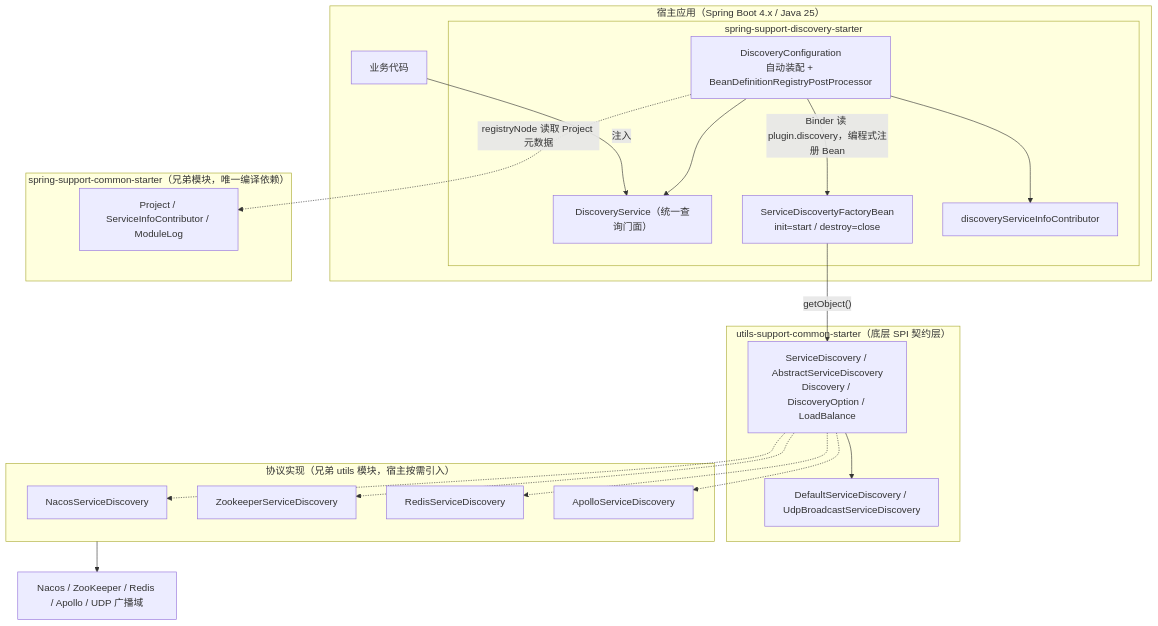
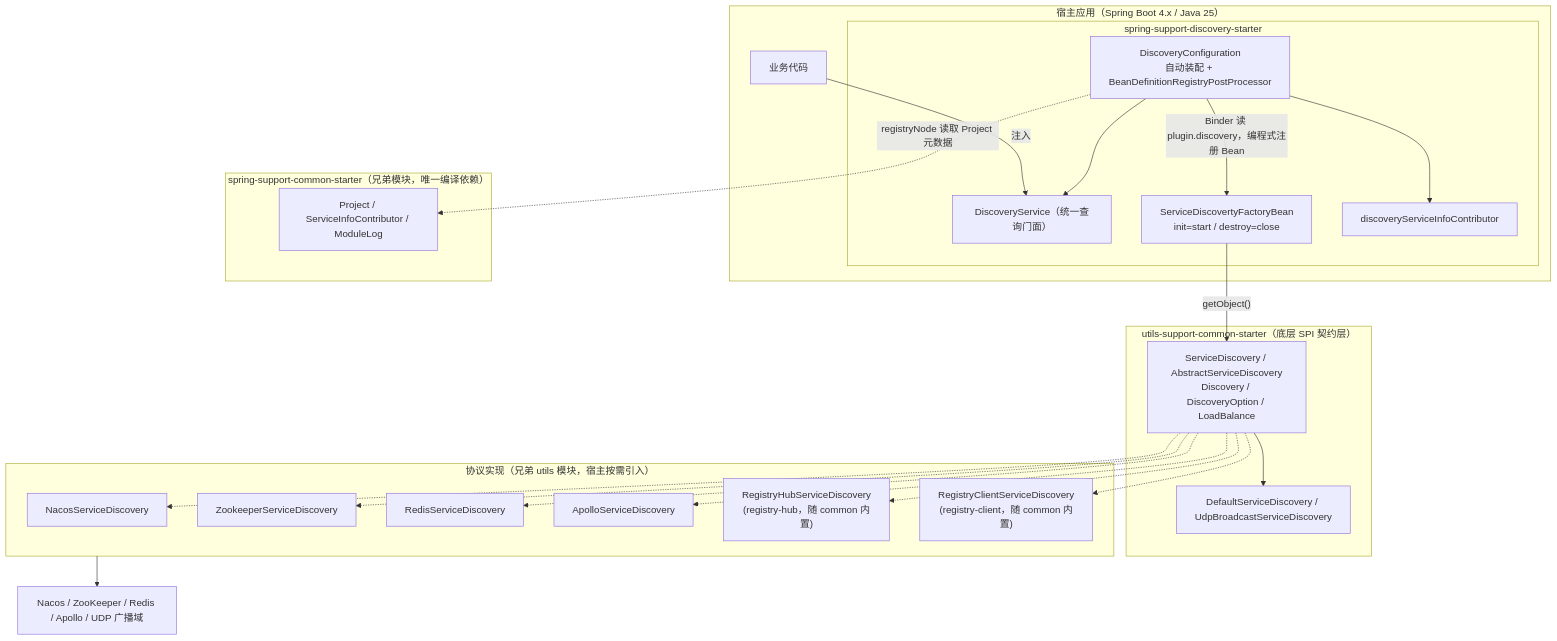
Before and after one commit to CHTK001/spring-support-parent-starter: the first of 2 diagrams in spring-support-discovery-starter/README.md, drawn with Mermaid. The commit also changed other lines of this file and 2 other files, not shown here.

First line of the commit message:
feat(discovery-starter): 支持 client/server/embbed 三种运行模式

````diff
--- a/spring-support-discovery-starter/README.md
+++ b/spring-support-discovery-starter/README.md
@@ -7,35 +7,37 @@
 ```mermaid
 flowchart TB
     subgraph host["宿主应用（Spring Boot 4.x / Java 25）"]
         biz["业务代码"]
         subgraph mod["spring-support-discovery-starter"]
             cfg["DiscoveryConfiguration<br/>自动装配 + BeanDefinitionRegistryPostProcessor"]
             ds["DiscoveryService（统一查询门面）"]
             fb["ServiceDiscovertyFactoryBean<br/>init=start / destroy=close"]
             sic["discoveryServiceInfoContributor"]
         end
     end
     subgraph common["spring-support-common-starter（兄弟模块，唯一编译依赖）"]
         prj["Project / ServiceInfoContributor / ModuleLog"]
     end
     subgraph utils["utils-support-common-starter（底层 SPI 契约层）"]
         spi["ServiceDiscovery / AbstractServiceDiscovery<br/>Discovery / DiscoveryOption / LoadBalance"]
         def["DefaultServiceDiscovery / UdpBroadcastServiceDiscovery"]
     end
     subgraph impl["协议实现（兄弟 utils 模块，宿主按需引入）"]
         nacos["NacosServiceDiscovery"]
         zk["ZookeeperServiceDiscovery"]
         redis["RedisServiceDiscovery"]
         apollo["ApolloServiceDiscovery"]
+        hub["RegistryHubServiceDiscovery<br/>(registry-hub，随 common 内置)"]
+        cli["RegistryClientServiceDiscovery<br/>(registry-client，随 common 内置)"]
     end
     centers["Nacos / ZooKeeper / Redis / Apollo / UDP 广播域"]
     biz -->|"注入"| ds
     cfg -->|"Binder 读 plugin.discovery，编程式注册 Bean"| fb
     cfg --> ds
     cfg --> sic
     cfg -.->|"registryNode 读取 Project 元数据"| prj
     fb -->|"getObject()"| spi
     spi --> def
-    spi -.-> nacos & zk & redis & apollo
+    spi -.-> nacos & zk & redis & apollo & hub & cli
     impl --> centers
 ```
````
